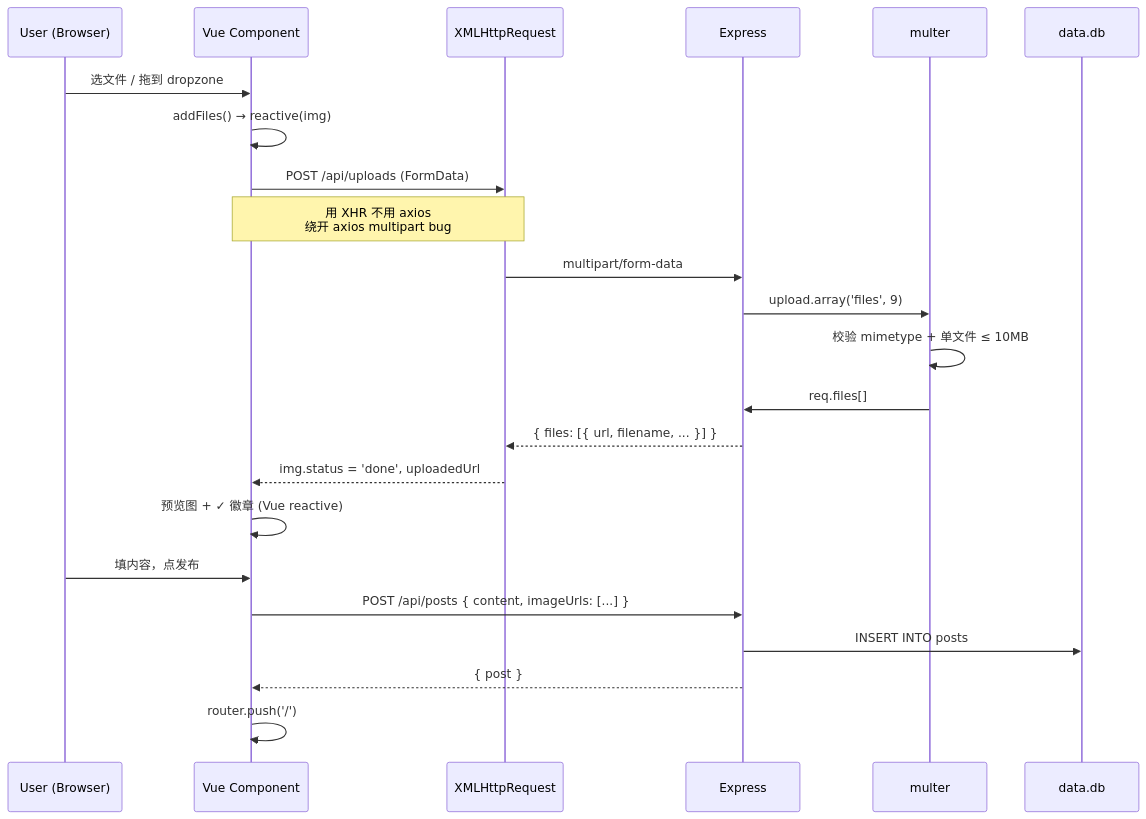
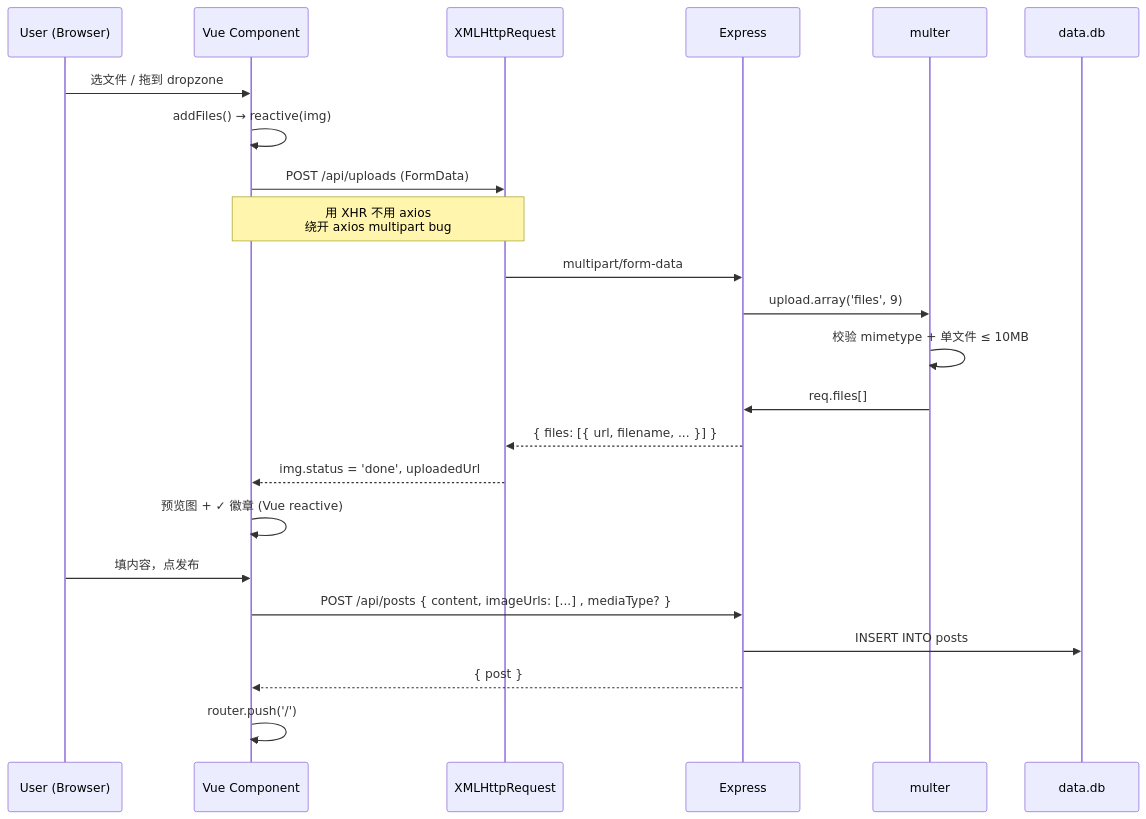
Before and after one commit to Liao-wenxuan/content-sharing-platform: the second of 2 diagrams in docs/architecture.md, drawn with Mermaid. The commit also changed other lines of this file and 44 other files, not shown here.

````diff
--- a/docs/architecture.md
+++ b/docs/architecture.md
@@ -117,26 +120,26 @@
 ```mermaid
 sequenceDiagram
     participant U as User (Browser)
     participant V as Vue Component
     participant X as XMLHttpRequest
     participant E as Express
     participant M as multer
     participant D as data.db
 
     U->>V: 选文件 / 拖到 dropzone
     V->>V: addFiles() → reactive(img)
     V->>X: POST /api/uploads (FormData)
     Note over V,X: 用 XHR 不用 axios<br/>绕开 axios multipart bug
     X->>E: multipart/form-data
     E->>M: upload.array('files', 9)
     M->>M: 校验 mimetype + 单文件 ≤ 10MB
     M->>E: req.files[]
     E-->>X: { files: [{ url, filename, ... }] }
     X-->>V: img.status = 'done', uploadedUrl
     V->>V: 预览图 + ✓ 徽章 (Vue reactive)
     U->>V: 填内容，点发布
-    V->>E: POST /api/posts { content, imageUrls: [...] }
+    V->>E: POST /api/posts { content, imageUrls: [...] , mediaType? }
     E->>D: INSERT INTO posts
     E-->>V: { post }
     V->>V: router.push('/')
 ```
````
